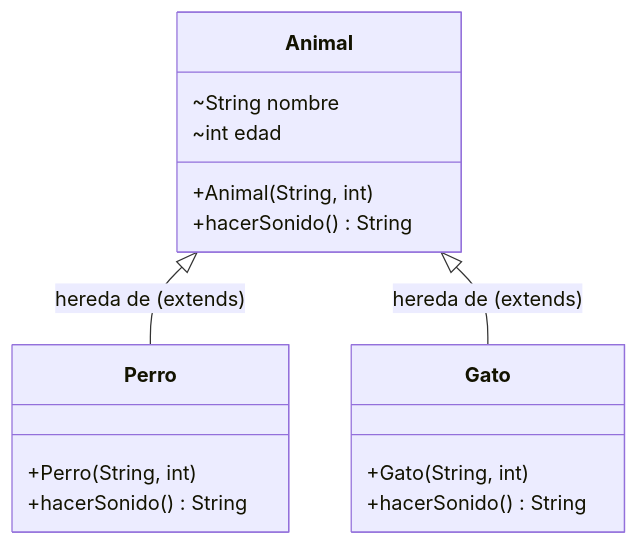
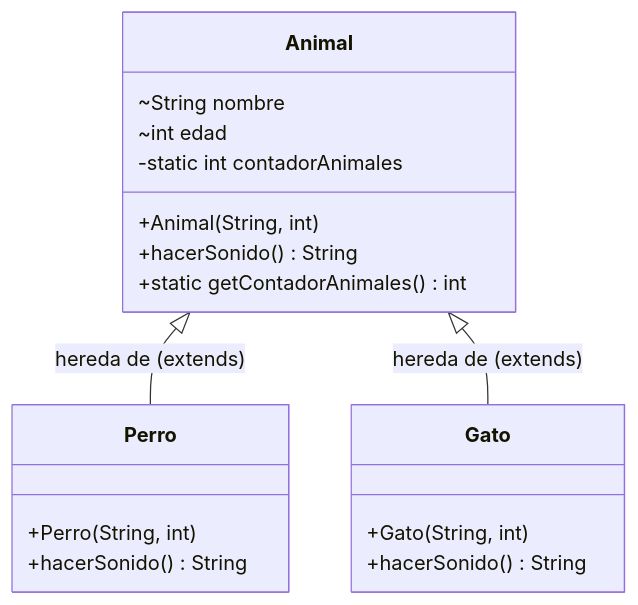
One commit to CaballeroUrrego/Curso-Java-New changed the second of 2 diagrams in README.md. Above: the diagram before and after it, drawn with Mermaid. The commit also changed other lines of this file and 4 other files, not shown here.

Commit message:
Agregamos contador de animales

````diff
--- a/README.md
+++ b/README.md
@@ -684,22 +684,24 @@
 ```mermaid
 classDiagram
     class Animal {
         ~String nombre
         ~int edad
+        -static int contadorAnimales
         +Animal(String, int)
         +hacerSonido() String
+        +static getContadorAnimales() int
     }
 
     class Perro {
         +Perro(String, int)
         +hacerSonido() String
     }
 
     class Gato {
         +Gato(String, int)
         +hacerSonido() String
     }
 
     Animal <|-- Perro : hereda de (extends)
     Animal <|-- Gato : hereda de (extends)
 ```
````
